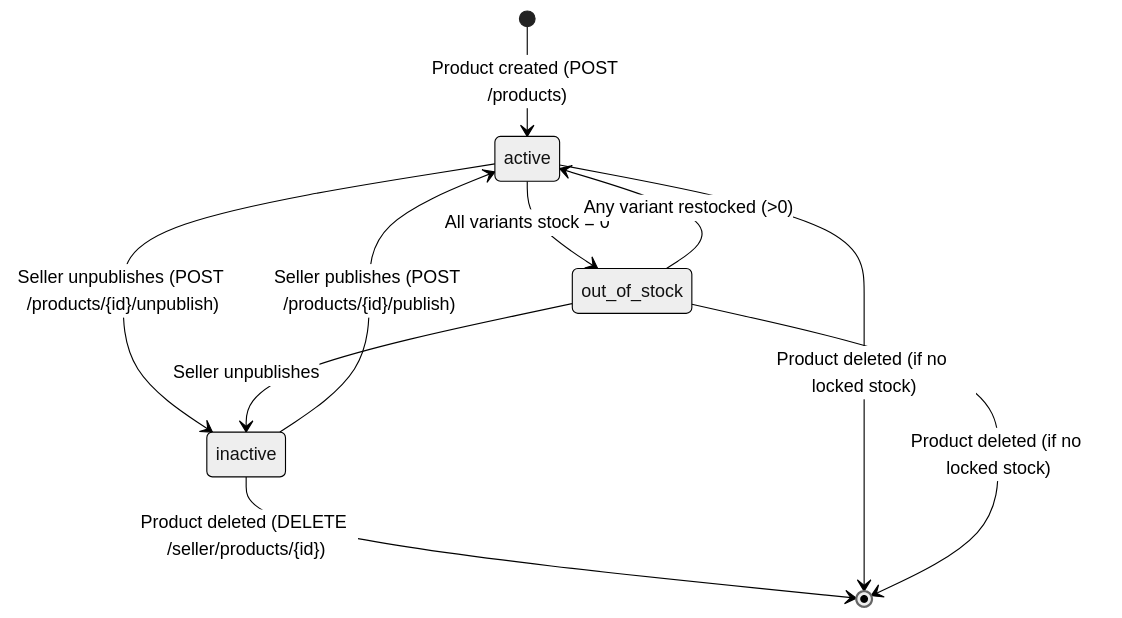
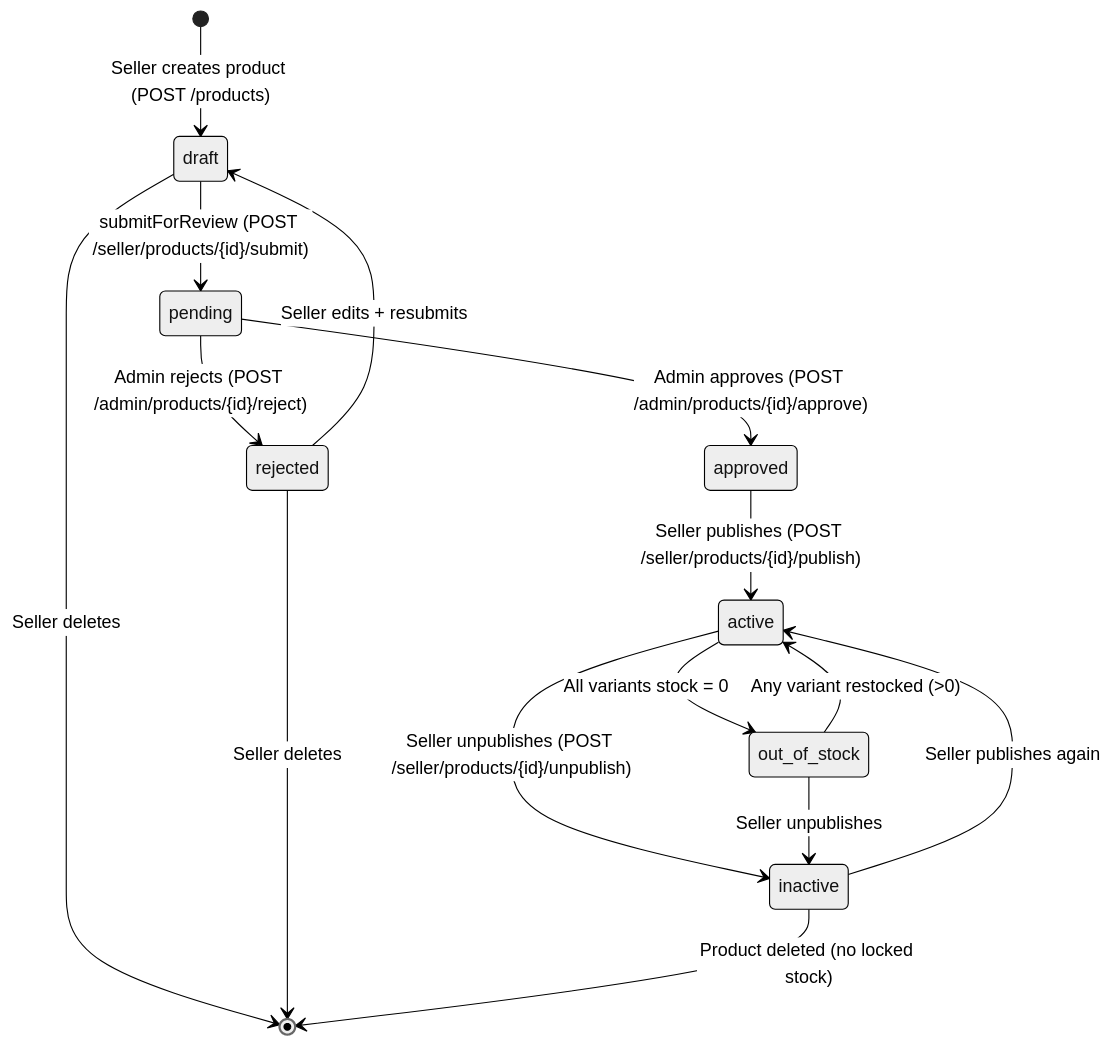
Before and after one commit to ldqanh1408/stealing-from-paradise: the diagram in documents/state-diagrams/product-service/state-product.md, drawn with Mermaid (neutral theme). The commit also changed other lines of this file and 97 other files, not shown here.

Commit message:
chore: update documentation for identity and product services, including new API endpoints and architectural details

````diff
--- a/documents/state-diagrams/product-service/state-product.md
+++ b/documents/state-diagrams/product-service/state-product.md
@@ -11,15 +11,21 @@
 ```mermaid
 stateDiagram-v2
-    [*] --> active : Product created (POST /products)
+    [*] --> draft : Seller creates product (POST /products)
 
+    draft --> pending : submitForReview (POST /seller/products/{id}/submit)
+    pending --> approved : Admin approves (POST /admin/products/{id}/approve)
+    pending --> rejected : Admin rejects (POST /admin/products/{id}/reject)
+    rejected --> draft : Seller edits + resubmits
+
+    approved --> active : Seller publishes (POST /seller/products/{id}/publish)
     active --> out_of_stock : All variants stock = 0
     out_of_stock --> active : Any variant restocked (>0)
 
-    active --> inactive : Seller unpublishes (POST /products/{id}/unpublish)
+    active --> inactive : Seller unpublishes (POST /seller/products/{id}/unpublish)
     out_of_stock --> inactive : Seller unpublishes
-    inactive --> active : Seller publishes (POST /products/{id}/publish)
+    inactive --> active : Seller publishes again
 
-    inactive --> [*] : Product deleted (DELETE /seller/products/{id})
-    active --> [*] : Product deleted (if no locked stock)
-    out_of_stock --> [*] : Product deleted (if no locked stock)
+    draft --> [*] : Seller deletes
+    rejected --> [*] : Seller deletes
+    inactive --> [*] : Product deleted (no locked stock)
 ```
````
